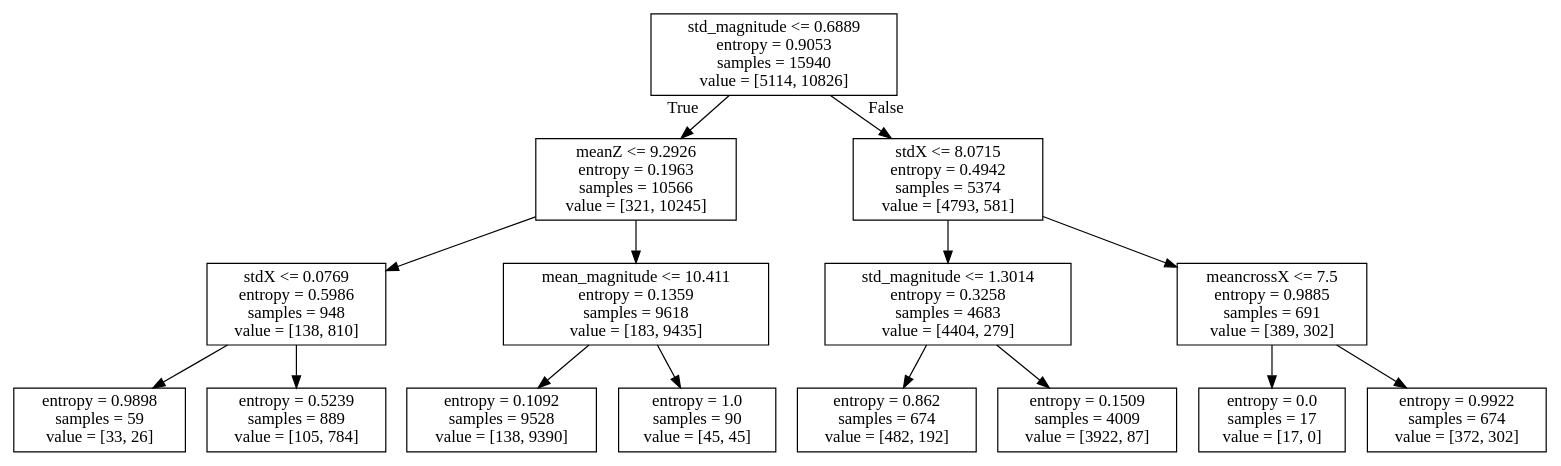
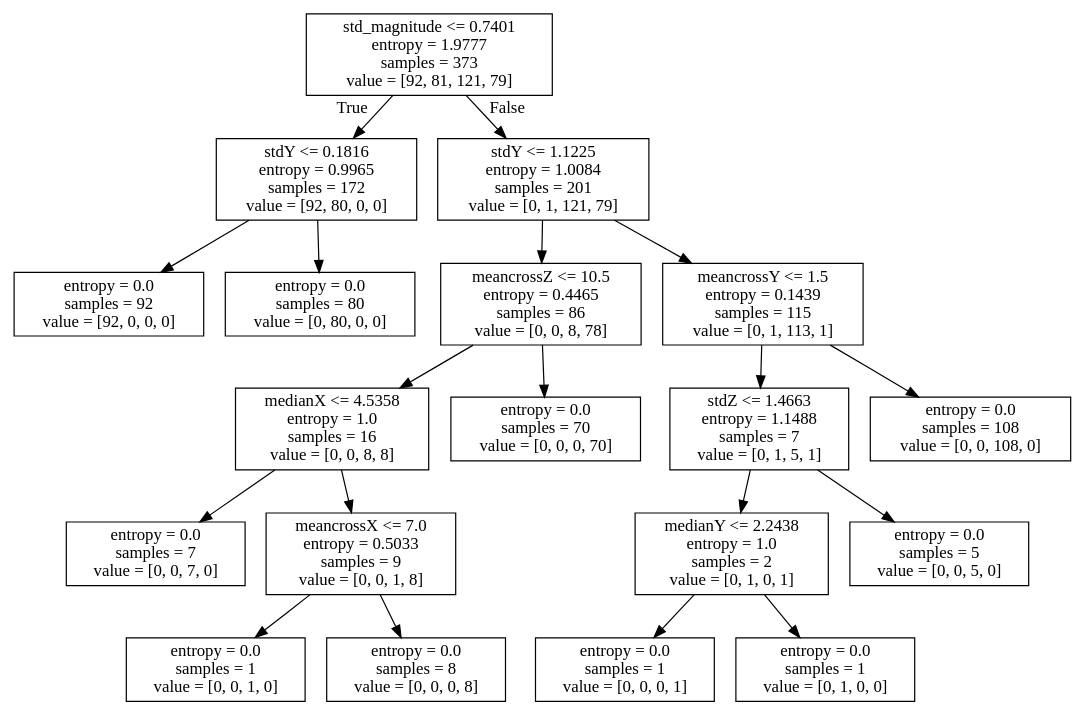
Before and after one commit to cs390mbgroup12/My-Activities: the diagram in scripts/tree.dot, drawn with Graphviz. The commit also changed 10 other files, not shown here.

```diff
--- a/scripts/tree.dot
+++ b/scripts/tree.dot
@@ -1,32 +1,40 @@
 digraph Tree {
 node [shape=box] ;
-0 [label="std_magnitude <= 0.6889\nentropy = 0.9053\nsamples = 15940\nvalue = [5114, 10826]"] ;
-1 [label="meanZ <= 9.2926\nentropy = 0.1963\nsamples = 10566\nvalue = [321, 10245]"] ;
+0 [label="std_magnitude <= 0.7401\nentropy = 1.9777\nsamples = 373\nvalue = [92, 81, 121, 79]"] ;
+1 [label="stdY <= 0.1816\nentropy = 0.9965\nsamples = 172\nvalue = [92, 80, 0, 0]"] ;
 0 -> 1 [labeldistance=2.5, labelangle=45, headlabel="True"] ;
-2 [label="stdX <= 0.0769\nentropy = 0.5986\nsamples = 948\nvalue = [138, 810]"] ;
+2 [label="entropy = 0.0\nsamples = 92\nvalue = [92, 0, 0, 0]"] ;
 1 -> 2 ;
-3 [label="entropy = 0.9898\nsamples = 59\nvalue = [33, 26]"] ;
-2 -> 3 ;
-4 [label="entropy = 0.5239\nsamples = 889\nvalue = [105, 784]"] ;
-2 -> 4 ;
-5 [label="mean_magnitude <= 10.411\nentropy = 0.1359\nsamples = 9618\nvalue = [183, 9435]"] ;
-1 -> 5 ;
-6 [label="entropy = 0.1092\nsamples = 9528\nvalue = [138, 9390]"] ;
+3 [label="entropy = 0.0\nsamples = 80\nvalue = [0, 80, 0, 0]"] ;
+1 -> 3 ;
+4 [label="stdY <= 1.1225\nentropy = 1.0084\nsamples = 201\nvalue = [0, 1, 121, 79]"] ;
+0 -> 4 [labeldistance=2.5, labelangle=-45, headlabel="False"] ;
+5 [label="meancrossZ <= 10.5\nentropy = 0.4465\nsamples = 86\nvalue = [0, 0, 8, 78]"] ;
+4 -> 5 ;
+6 [label="medianX <= 4.5358\nentropy = 1.0\nsamples = 16\nvalue = [0, 0, 8, 8]"] ;
 5 -> 6 ;
-7 [label="entropy = 1.0\nsamples = 90\nvalue = [45, 45]"] ;
-5 -> 7 ;
-8 [label="stdX <= 8.0715\nentropy = 0.4942\nsamples = 5374\nvalue = [4793, 581]"] ;
-0 -> 8 [labeldistance=2.5, labelangle=-45, headlabel="False"] ;
-9 [label="std_magnitude <= 1.3014\nentropy = 0.3258\nsamples = 4683\nvalue = [4404, 279]"] ;
+7 [label="entropy = 0.0\nsamples = 7\nvalue = [0, 0, 7, 0]"] ;
+6 -> 7 ;
+8 [label="meancrossX <= 7.0\nentropy = 0.5033\nsamples = 9\nvalue = [0, 0, 1, 8]"] ;
+6 -> 8 ;
+9 [label="entropy = 0.0\nsamples = 1\nvalue = [0, 0, 1, 0]"] ;
 8 -> 9 ;
-10 [label="entropy = 0.862\nsamples = 674\nvalue = [482, 192]"] ;
-9 -> 10 ;
-11 [label="entropy = 0.1509\nsamples = 4009\nvalue = [3922, 87]"] ;
-9 -> 11 ;
-12 [label="meancrossX <= 7.5\nentropy = 0.9885\nsamples = 691\nvalue = [389, 302]"] ;
-8 -> 12 ;
-13 [label="entropy = 0.0\nsamples = 17\nvalue = [17, 0]"] ;
+10 [label="entropy = 0.0\nsamples = 8\nvalue = [0, 0, 0, 8]"] ;
+8 -> 10 ;
+11 [label="entropy = 0.0\nsamples = 70\nvalue = [0, 0, 0, 70]"] ;
+5 -> 11 ;
+12 [label="meancrossY <= 1.5\nentropy = 0.1439\nsamples = 115\nvalue = [0, 1, 113, 1]"] ;
+4 -> 12 ;
+13 [label="stdZ <= 1.4663\nentropy = 1.1488\nsamples = 7\nvalue = [0, 1, 5, 1]"] ;
 12 -> 13 ;
-14 [label="entropy = 0.9922\nsamples = 674\nvalue = [372, 302]"] ;
-12 -> 14 ;
+14 [label="medianY <= 2.2438\nentropy = 1.0\nsamples = 2\nvalue = [0, 1, 0, 1]"] ;
+13 -> 14 ;
+15 [label="entropy = 0.0\nsamples = 1\nvalue = [0, 0, 0, 1]"] ;
+14 -> 15 ;
+16 [label="entropy = 0.0\nsamples = 1\nvalue = [0, 1, 0, 0]"] ;
+14 -> 16 ;
+17 [label="entropy = 0.0\nsamples = 5\nvalue = [0, 0, 5, 0]"] ;
+13 -> 17 ;
+18 [label="entropy = 0.0\nsamples = 108\nvalue = [0, 0, 108, 0]"] ;
+12 -> 18 ;
 }
```
